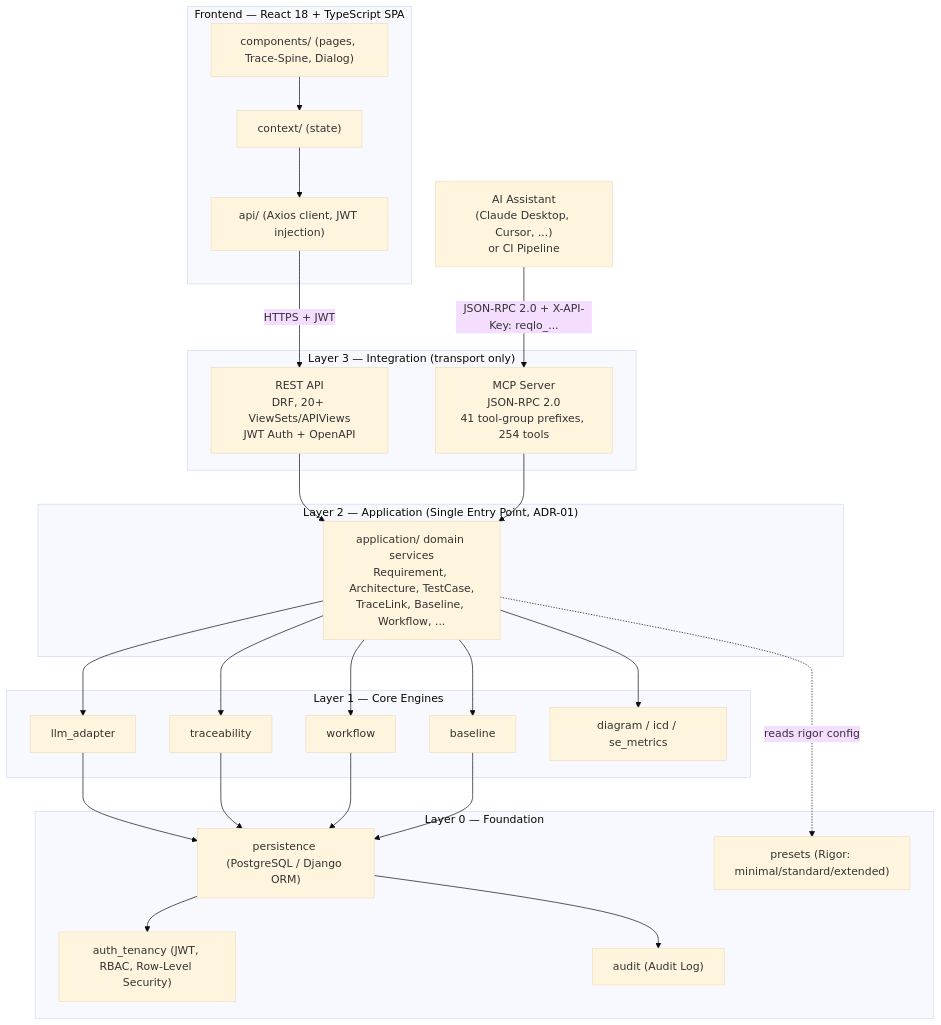
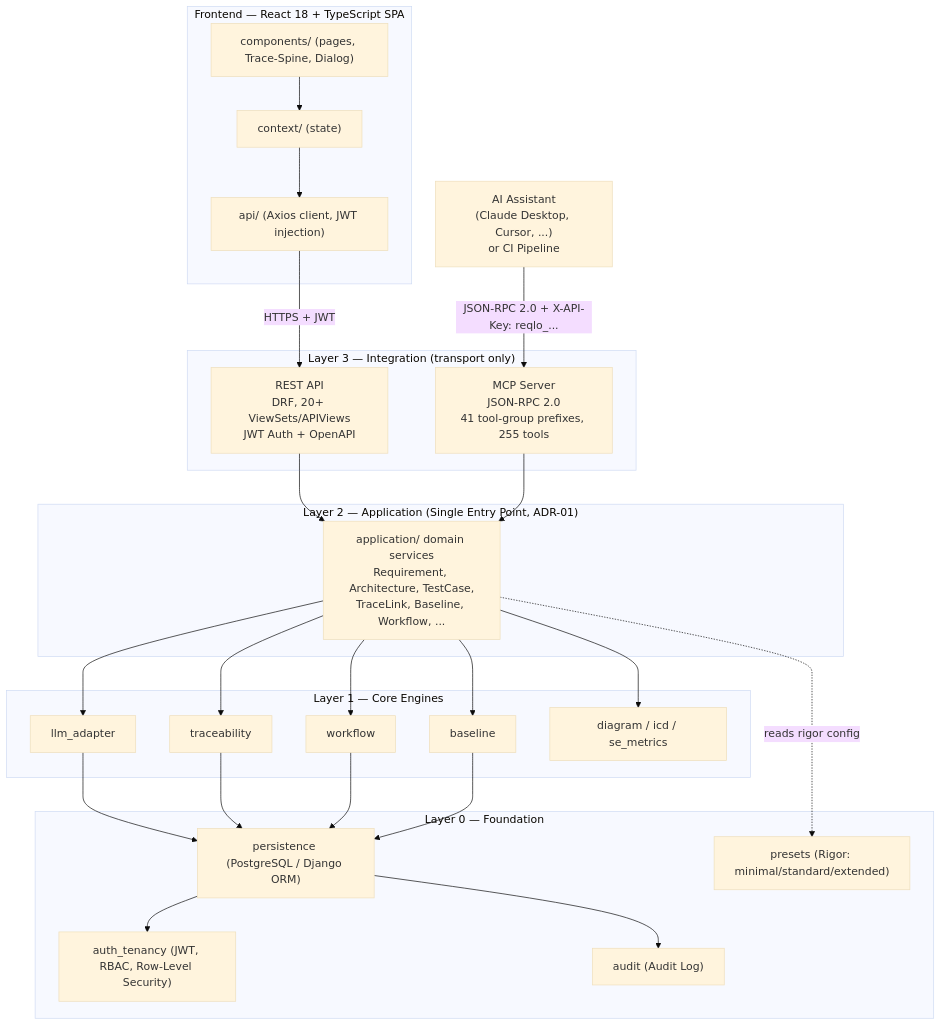
The first of 3 diagrams in README.md (Popoboxxo/ReqogniLoom), drawn with Mermaid (base theme) before and after one commit. The commit also changed other lines of this file and 28 other files, not shown here.

````diff
--- a/README.md
+++ b/README.md
@@ -101,53 +101,53 @@
 ```mermaid
 graph TD
     subgraph FE["Frontend — React 18 + TypeScript SPA"]
         UI["components/ (pages, Trace-Spine, Dialog)"]
         CTX["context/ (state)"]
         APICLIENT["api/ (Axios client, JWT injection)"]
         UI --> CTX --> APICLIENT
     end
 
     EXT["AI Assistant<br/>(Claude Desktop, Cursor, ...)<br/>or CI Pipeline"]
 
     subgraph L3["Layer 3 — Integration (transport only)"]
         REST["REST API<br/>DRF, 20+ ViewSets/APIViews<br/>JWT Auth + OpenAPI"]
-        MCP["MCP Server<br/>JSON-RPC 2.0<br/>41 tool-group prefixes, 254 tools"]
+        MCP["MCP Server<br/>JSON-RPC 2.0<br/>41 tool-group prefixes, 255 tools"]
     end
 
     subgraph L2["Layer 2 — Application (Single Entry Point, ADR-01)"]
         APP["application/ domain services<br/>Requirement, Architecture, TestCase,<br/>TraceLink, Baseline, Workflow, ..."]
     end
 
     subgraph L1["Layer 1 — Core Engines"]
         LLM["llm_adapter"]
         TRACE["traceability"]
         WF["workflow"]
         BASE["baseline"]
         DIAG["diagram / icd / se_metrics"]
     end
 
     subgraph L0["Layer 0 — Foundation"]
         PERSIST["persistence (PostgreSQL / Django ORM)"]
         AUTH["auth_tenancy (JWT, RBAC, Row-Level Security)"]
         PRESET["presets (Rigor: minimal/standard/extended)"]
         AUDIT["audit (Audit Log)"]
     end
 
     APICLIENT -->|"HTTPS + JWT"| REST
     EXT -->|"JSON-RPC 2.0 + X-API-Key: reqlo_..."| MCP
 
     REST --> APP
     MCP --> APP
     APP --> LLM
     APP --> TRACE
     APP --> WF
     APP --> BASE
     APP --> DIAG
     APP -.->|"reads rigor config"| PRESET
     LLM --> PERSIST
     TRACE --> PERSIST
     WF --> PERSIST
     BASE --> PERSIST
     PERSIST --> AUTH
     PERSIST --> AUDIT
 ```
````
